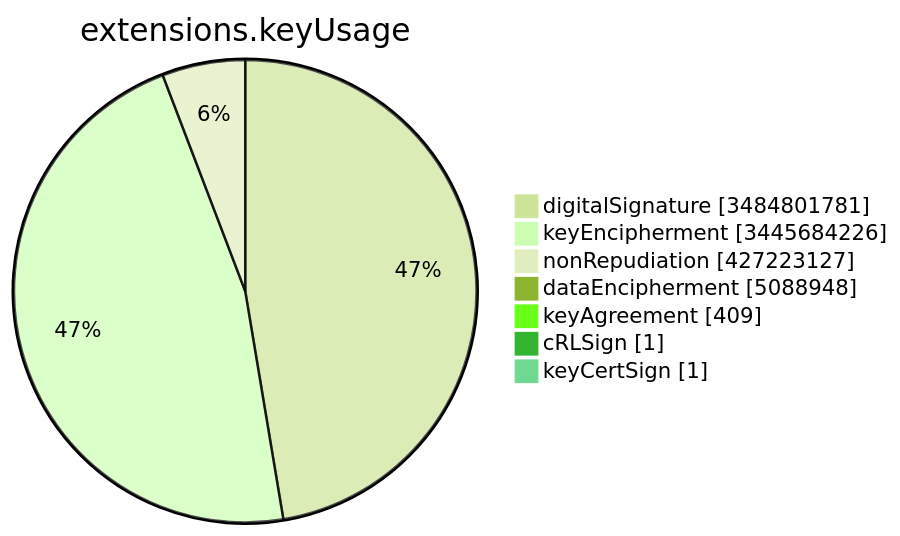
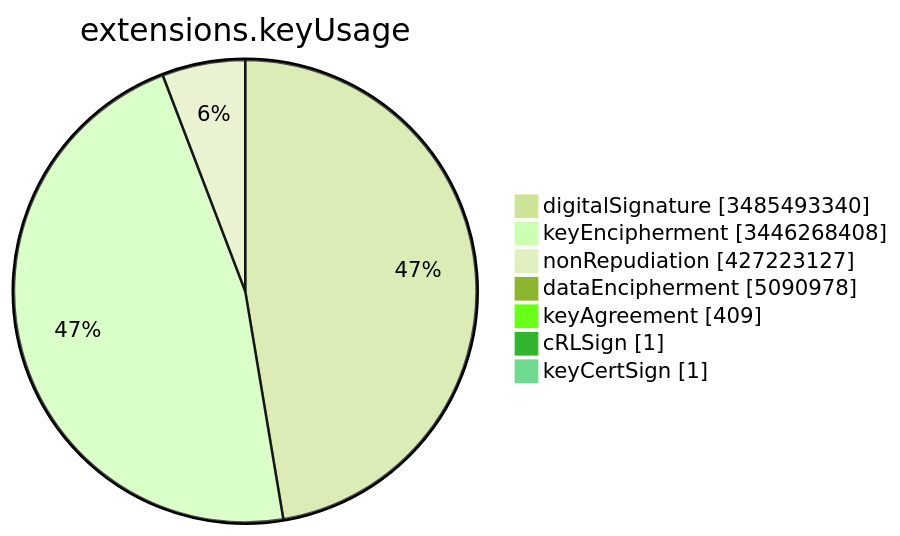
Before and after one commit to christiankrug/ctmonitor_visualization: the sixth of 15 diagrams in TOTAL/README.md, drawn with Mermaid (forest theme). The commit also changed other lines of this file, not shown here.

````diff
--- a/TOTAL/README.md
+++ b/TOTAL/README.md
@@ -3083,11 +3083,11 @@
 ```mermaid
 pie showData
 title extensions.keyUsage
-"digitalSignature" :3484801781
-"keyEncipherment" :3445684226
+"digitalSignature" :3485493340
+"keyEncipherment" :3446268408
 "nonRepudiation" :427223127
-"dataEncipherment" :5088948
+"dataEncipherment" :5090978
 "keyAgreement" :409
 "cRLSign" :1
 "keyCertSign" :1
 ```
````
